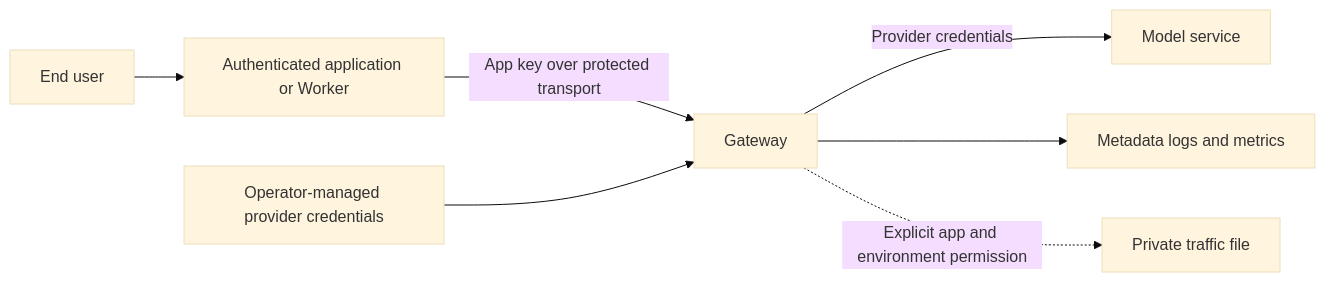
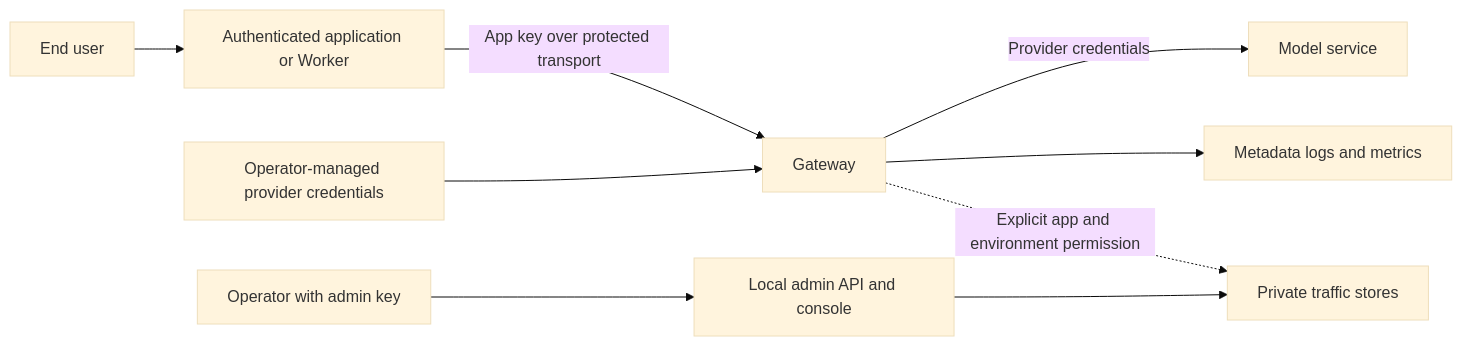
The diagram in docs/security.md (m87techlabs/m87-ai-gateway), drawn with Mermaid (base theme) before and after one commit. The commit also changed other lines of this file and 40 other files, not shown here.

Commit message:
feat: add local gateway control plane

````diff
--- a/docs/security.md
+++ b/docs/security.md
@@ -5,9 +5,11 @@
 ```mermaid
 flowchart LR
     User[End user] --> Backend[Authenticated application or Worker]
     Backend -->|App key over protected transport| Gateway[Gateway]
     Secrets[Operator-managed provider credentials] --> Gateway
     Gateway -->|Provider credentials| Provider[Model service]
     Gateway --> Metadata[Metadata logs and metrics]
-    Gateway -. Explicit app and environment permission .-> Content[Private traffic file]
+    Gateway -. Explicit app and environment permission .-> Content[Private traffic stores]
+    Operator[Operator with admin key] --> Console[Local admin API and console]
+    Console --> Content
 ```
````
